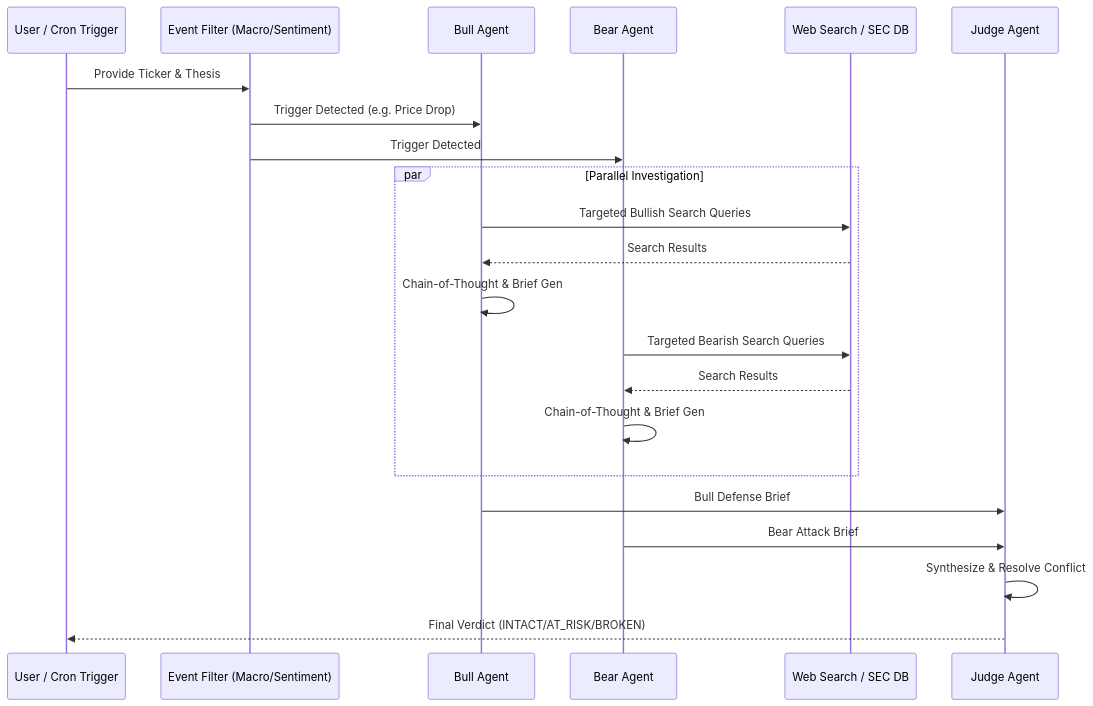
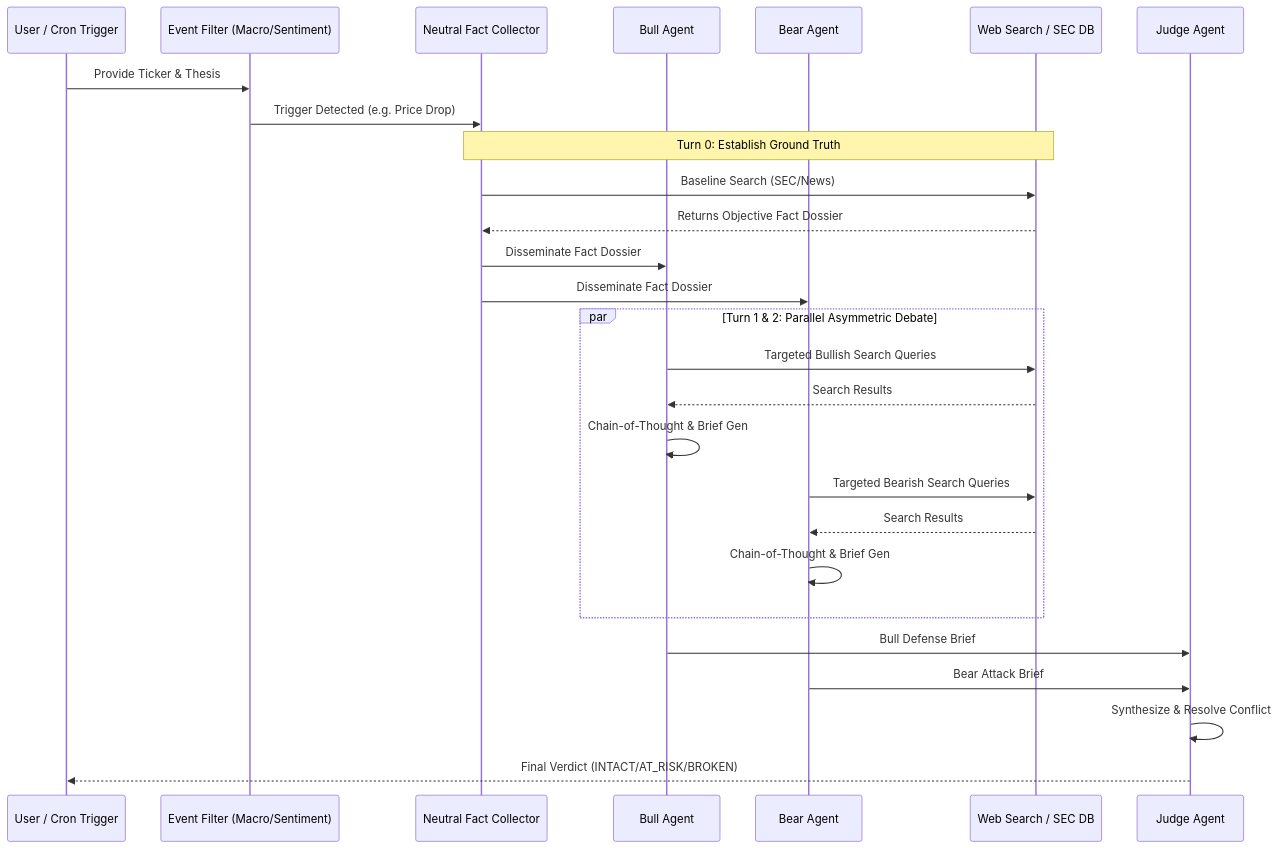
The second of 2 diagrams in docs/Comprehensive_Technical_Report.md (vinayakm-93/vinsight), drawn with Mermaid before and after one commit. The commit also changed other lines of this file and 25 other files, not shown here.

````diff
--- a/docs/Comprehensive_Technical_Report.md
+++ b/docs/Comprehensive_Technical_Report.md
@@ -66,29 +66,36 @@
 ```mermaid
 sequenceDiagram
     participant U as User / Cron Trigger
     participant C as Event Filter (Macro/Sentiment)
+    participant N as Neutral Fact Collector
     participant B1 as Bull Agent
     participant B2 as Bear Agent
     participant S as Web Search / SEC DB
     participant J as Judge Agent
     
     U->>C: Provide Ticker & Thesis
-    C->>B1: Trigger Detected (e.g. Price Drop)
-    C->>B2: Trigger Detected
+    C->>N: Trigger Detected (e.g. Price Drop)
     
-    par Parallel Investigation
+    Note over N, S: Turn 0: Establish Ground Truth
+    N->>S: Baseline Search (SEC/News)
+    S-->>N: Returns Objective Fact Dossier
+    
+    N->>B1: Disseminate Fact Dossier
+    N->>B2: Disseminate Fact Dossier
+    
+    par Turn 1 & 2: Parallel Asymmetric Debate
         B1->>S: Targeted Bullish Search Queries
         S-->>B1: Search Results
         B1->>B1: Chain-of-Thought & Brief Gen
         
         B2->>S: Targeted Bearish Search Queries
         S-->>B2: Search Results
         B2->>B2: Chain-of-Thought & Brief Gen
     end
     
     B1->>J: Bull Defense Brief
     B2->>J: Bear Attack Brief
     
     J->>J: Synthesize & Resolve Conflict
     J-->>U: Final Verdict (INTACT/AT_RISK/BROKEN)
 ```
````
